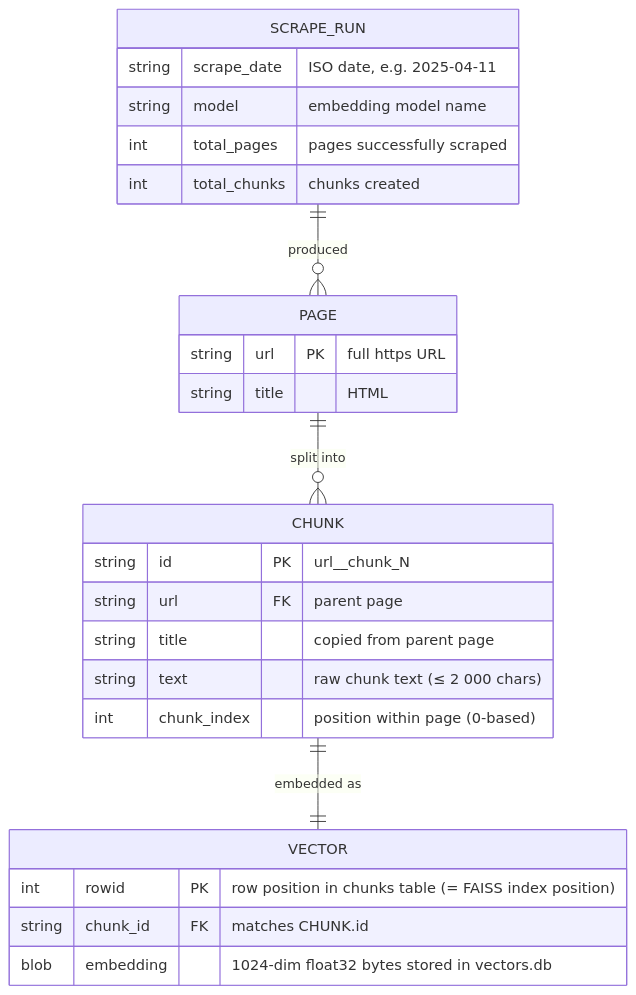
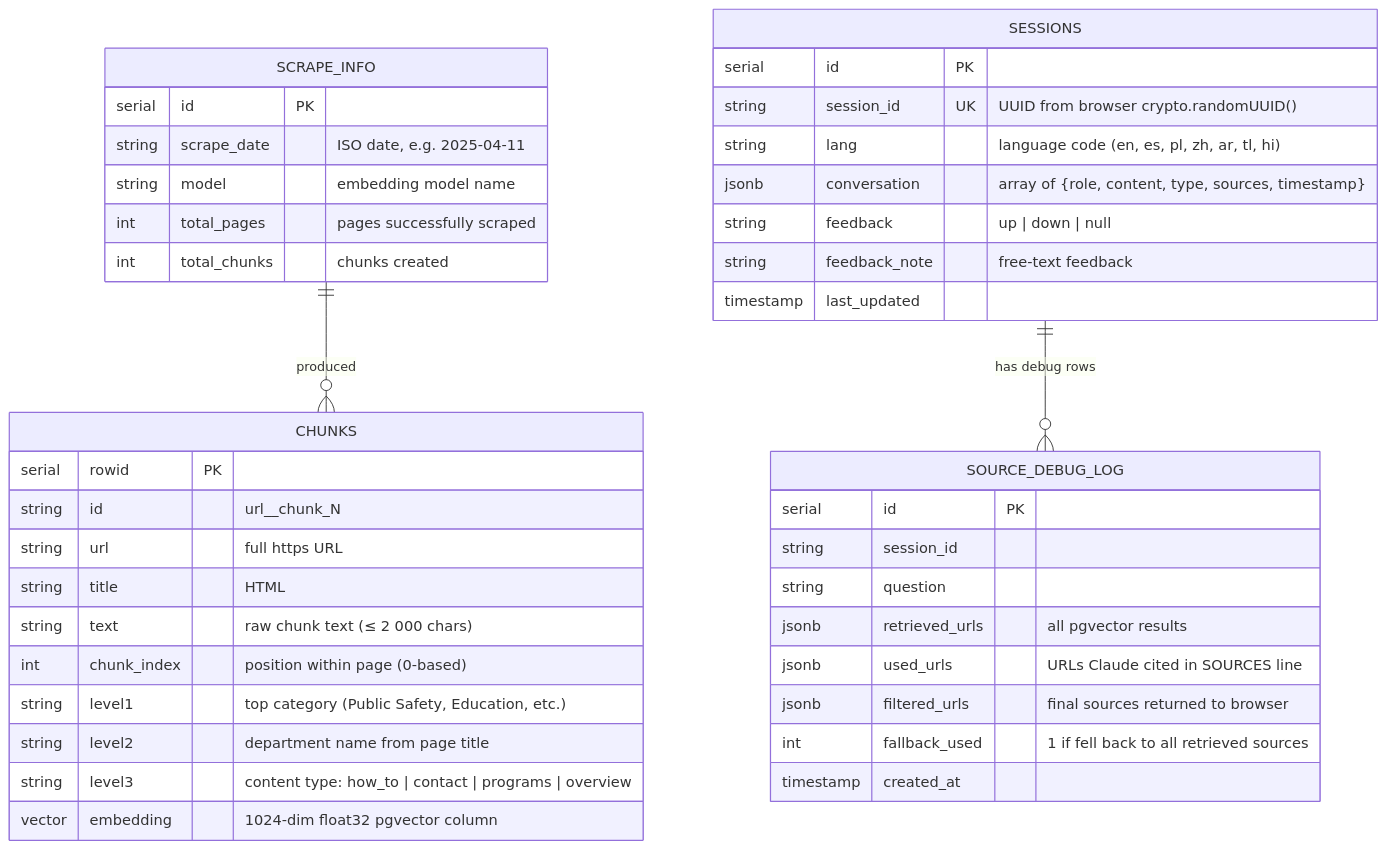
One commit to esiu-23/govt-chatbot changed the fourth of 4 diagrams in project_overview.md. Above: the diagram before and after it, drawn with Mermaid. The commit also changed other lines of this file and 4 other files, not shown here.

````diff
--- a/project_overview.md
+++ b/project_overview.md
@@ -128,32 +126,47 @@
 ```mermaid
 erDiagram
-    SCRAPE_RUN {
-        string  scrape_date   "ISO date, e.g. 2025-04-11"
-        string  model         "embedding model name"
-        int     total_pages   "pages successfully scraped"
-        int     total_chunks  "chunks created"
+    SCRAPE_INFO {
+        serial  id            PK
+        string  scrape_date       "ISO date, e.g. 2025-04-11"
+        string  model             "embedding model name"
+        int     total_pages       "pages successfully scraped"
+        int     total_chunks      "chunks created"
     }
 
-    PAGE {
-        string  url    PK   "full https URL"
-        string  title       "HTML <title> text"
+    CHUNKS {
+        serial  rowid         PK
+        string  id                "url__chunk_N"
+        string  url               "full https URL"
+        string  title             "HTML <title> text"
+        string  text              "raw chunk text (≤ 2 000 chars)"
+        int     chunk_index       "position within page (0-based)"
+        string  level1            "top category (Public Safety, Education, etc.)"
+        string  level2            "department name from page title"
+        string  level3            "content type: how_to | contact | programs | overview"
+        vector  embedding         "1024-dim float32 pgvector column"
     }
 
-    CHUNK {
-        string  id           PK   "url__chunk_N"
-        string  url          FK   "parent page"
-        string  title             "copied from parent page"
-        string  text              "raw chunk text (≤ 2 000 chars)"
-        int     chunk_index       "position within page (0-based)"
+    SESSIONS {
+        serial  id            PK
+        string  session_id    UK   "UUID from browser crypto.randomUUID()"
+        string  lang               "language code (en, es, pl, zh, ar, tl, hi)"
+        jsonb   conversation       "array of {role, content, type, sources, timestamp}"
+        string  feedback           "up | down | null"
+        string  feedback_note      "free-text feedback"
+        timestamp last_updated
     }
 
-    VECTOR {
-        int     rowid        PK   "row position in chunks table (= FAISS index position)"
-        string  chunk_id     FK   "matches CHUNK.id"
-        blob    embedding         "1024-dim float32 bytes stored in vectors.db"
+    SOURCE_DEBUG_LOG {
+        serial  id            PK
+        string  session_id
+        string  question
+        jsonb   retrieved_urls     "all pgvector results"
+        jsonb   used_urls          "URLs Claude cited in SOURCES line"
+        jsonb   filtered_urls      "final sources returned to browser"
+        int     fallback_used      "1 if fell back to all retrieved sources"
+        timestamp created_at
     }
 
-    SCRAPE_RUN  ||--o{ PAGE    : "produced"
-    PAGE        ||--o{ CHUNK   : "split into"
-    CHUNK       ||--||  VECTOR : "embedded as"
+    SCRAPE_INFO  ||--o{ CHUNKS         : "produced"
+    SESSIONS     ||--o{ SOURCE_DEBUG_LOG : "has debug rows"
 ```
````
